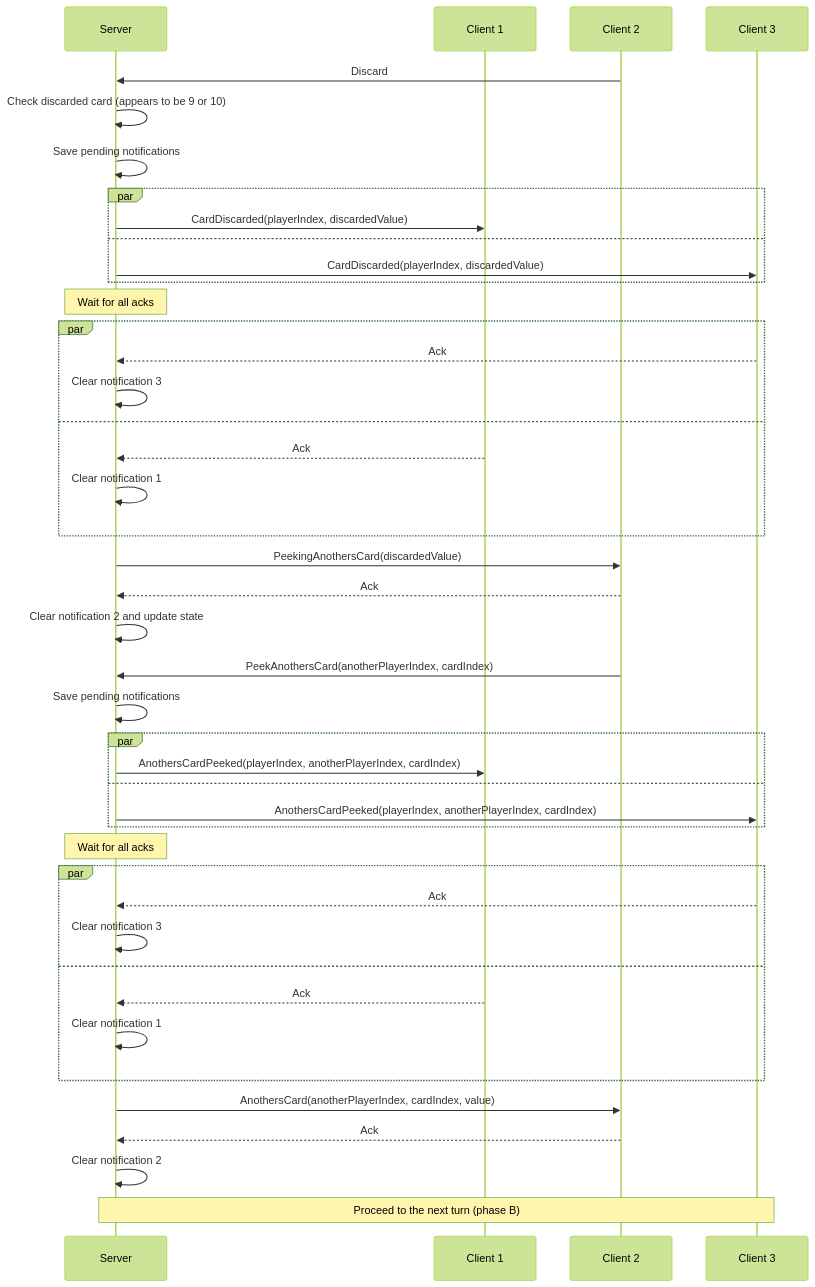
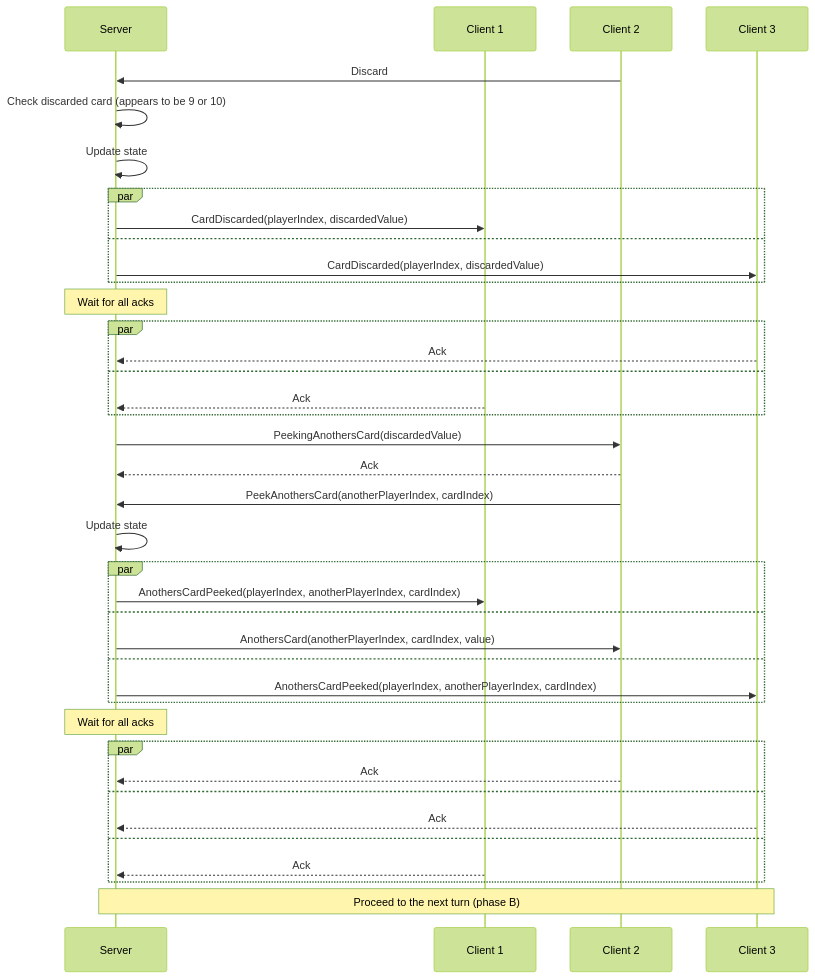
One commit to roman-zubarevich/another changed diagram 12 of 15 in README.md. Above: the diagram before and after it, drawn with Mermaid (forest theme). The commit also changed other lines of this file, not shown here.

````diff
--- a/README.md
+++ b/README.md
@@ -355,45 +337,41 @@
 ```mermaid
 sequenceDiagram
     participant S as Server
     participant C1 as Client 1
     participant C2 as Client 2
     participant C3 as Client 3
     C2->>S: Discard
     S->>S: Check discarded card (appears to be 9 or 10)
-    S->>S: Save pending notifications
+    S->>S: Update state
     par
         S->>C1: CardDiscarded(playerIndex, discardedValue)
     and
         S->>C3: CardDiscarded(playerIndex, discardedValue)
     end
     Note over S: Wait for all acks
     par
         C3-->>S: Ack
-        S->>S: Clear notification 3
     and
         C1-->>S: Ack
-        S->>S: Clear notification 1
     end
     S->>C2: PeekingAnothersCard(discardedValue)
     C2-->>S: Ack
-    S->>S: Clear notification 2 and update state
     C2->>S: PeekAnothersCard(anotherPlayerIndex, cardIndex)
-    S->>S: Save pending notifications
+    S->>S: Update state
     par
         S->>C1: AnothersCardPeeked(playerIndex, anotherPlayerIndex, cardIndex)
+    and
+        S->>C2: AnothersCard(anotherPlayerIndex, cardIndex, value)
     and
         S->>C3: AnothersCardPeeked(playerIndex, anotherPlayerIndex, cardIndex)
     end
     Note over S: Wait for all acks
     par
+        C2-->>S: Ack
+    and
         C3-->>S: Ack
-        S->>S: Clear notification 3
     and
         C1-->>S: Ack
-        S->>S: Clear notification 1
     end
-    S->>C2: AnothersCard(anotherPlayerIndex, cardIndex, value)
-    C2-->>S: Ack
-    S->>S: Clear notification 2
     Note over S,C3: Proceed to the next turn (phase B)
 ```
````
